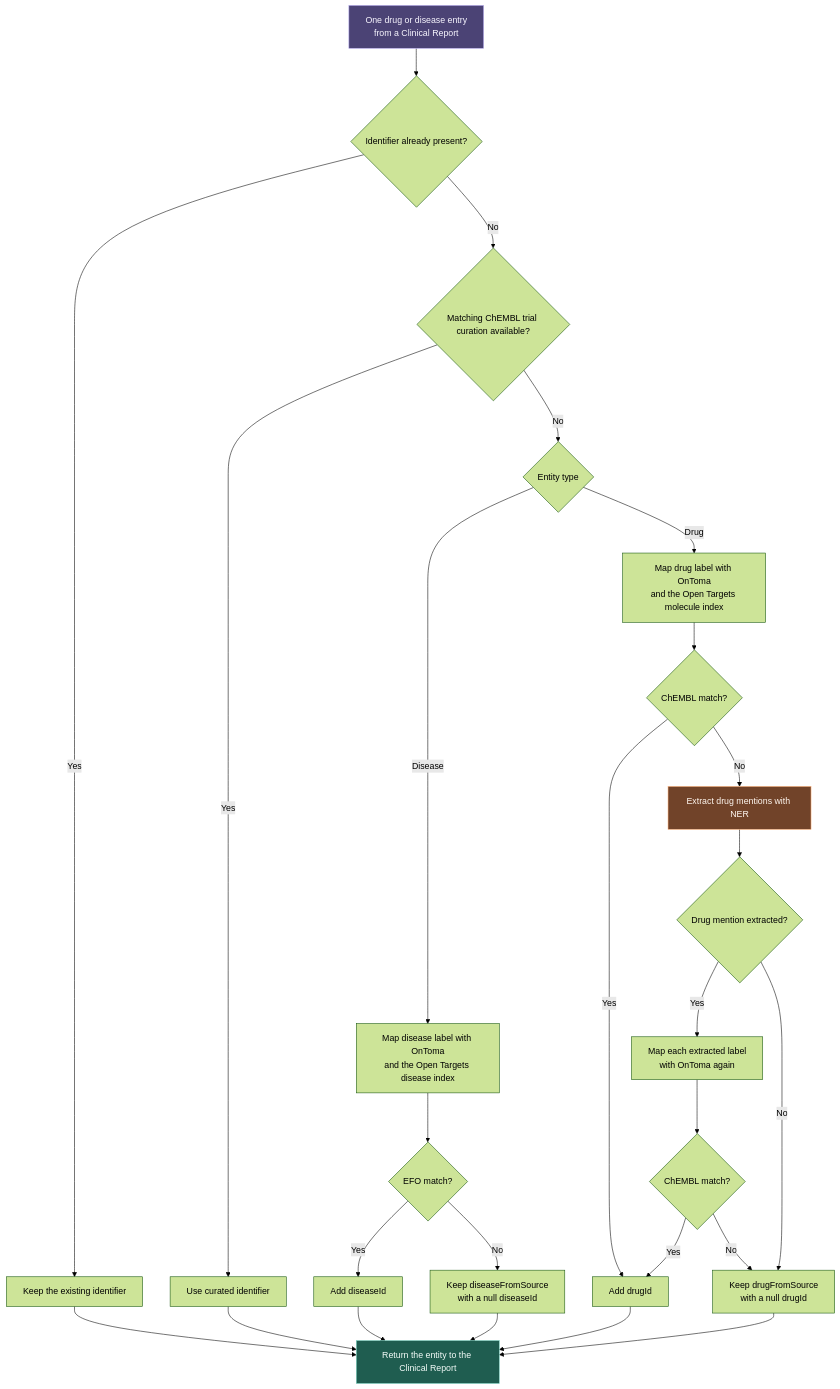
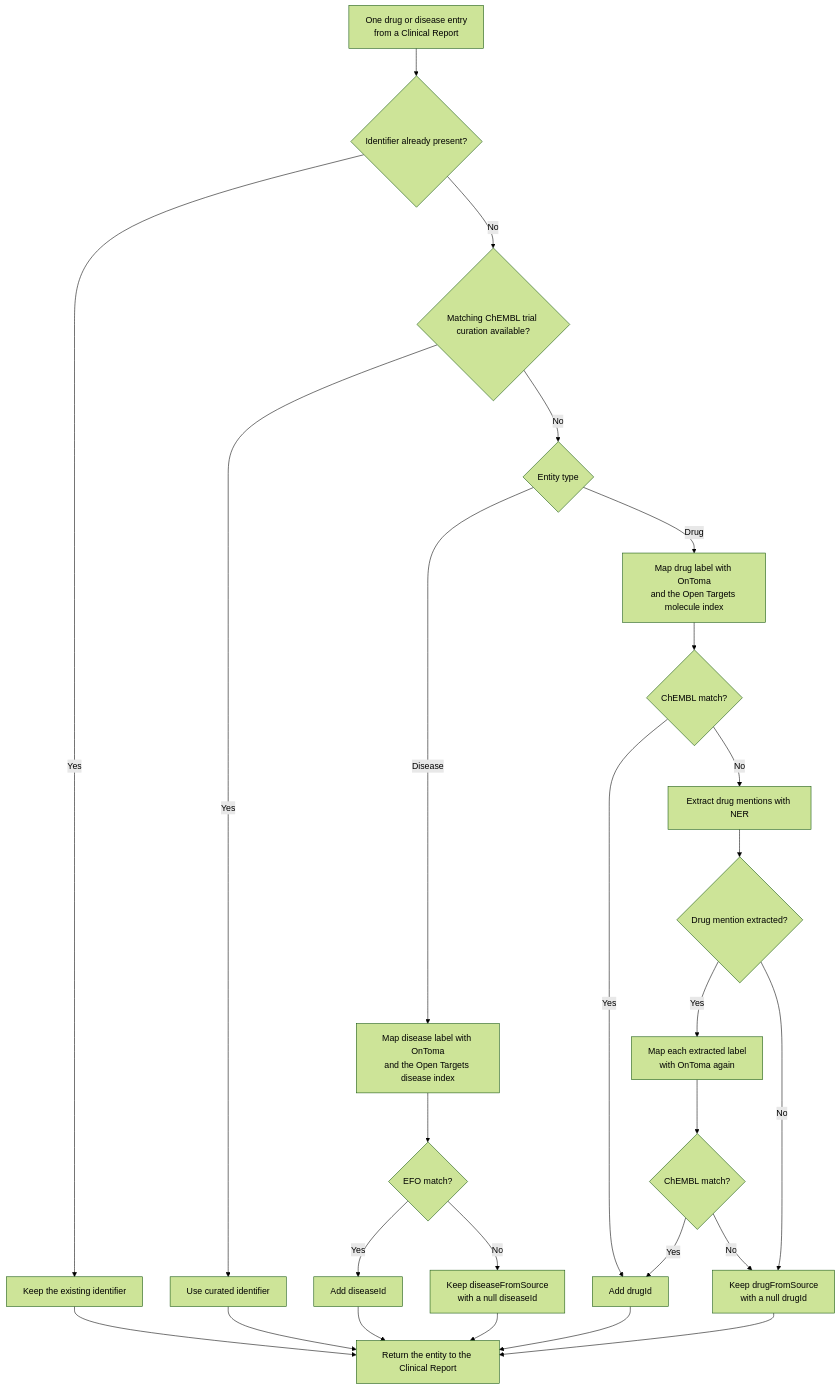
Before and after one commit to opentargets/mira: the first of 2 diagrams in docs/entity-mapping.md, drawn with Mermaid (forest theme). The commit also changed other lines of this file and 8 other files, not shown here.

````diff
--- a/docs/entity-mapping.md
+++ b/docs/entity-mapping.md
@@ -16,35 +16,32 @@
 ```mermaid
 flowchart TD
     START["One drug or disease entry<br/>from a Clinical Report"] --> EXISTING{"Identifier already present?"}
     EXISTING -- Yes --> KEEP["Keep the existing identifier"]
     EXISTING -- No --> CURATION{"Matching ChEMBL trial curation available?"}
     CURATION -- Yes --> CURATED["Use curated identifier"]
     CURATION -- No --> TYPE{"Entity type"}
 
     TYPE -- Disease --> DMAP["Map disease label with OnToma<br/>and the Open Targets disease index"]
     DMAP --> DRESULT{"EFO match?"}
     DRESULT -- Yes --> DID["Add diseaseId"]
     DRESULT -- No --> DUNMAPPED["Keep diseaseFromSource<br/>with a null diseaseId"]
 
     TYPE -- Drug --> DRUGMAP["Map drug label with OnToma<br/>and the Open Targets molecule index"]
     DRUGMAP --> DRUGRESULT{"ChEMBL match?"}
     DRUGRESULT -- Yes --> DRUGID["Add drugId"]
     DRUGRESULT -- No --> NER["Extract drug mentions with NER"]
     NER --> FOUND{"Drug mention extracted?"}
     FOUND -- Yes --> REMAP["Map each extracted label<br/>with OnToma again"]
     REMAP --> REMAPRESULT{"ChEMBL match?"}
     REMAPRESULT -- Yes --> DRUGID
     REMAPRESULT -- No --> DRUGUNMAPPED["Keep drugFromSource<br/>with a null drugId"]
     FOUND -- No --> DRUGUNMAPPED
 
     KEEP --> OUTPUT["Return the entity to the Clinical Report"]
     CURATED --> OUTPUT
     DID --> OUTPUT
     DUNMAPPED --> OUTPUT
     DRUGID --> OUTPUT
     DRUGUNMAPPED --> OUTPUT
 
-    style START fill:#4b4375,stroke:#b9aeef,color:#f8f6ff
-    style OUTPUT fill:#1f5d50,stroke:#7ed6c4,color:#f2fbf8
-    style NER fill:#714329,stroke:#ffb37c,color:#fff7f0
 ```
````
